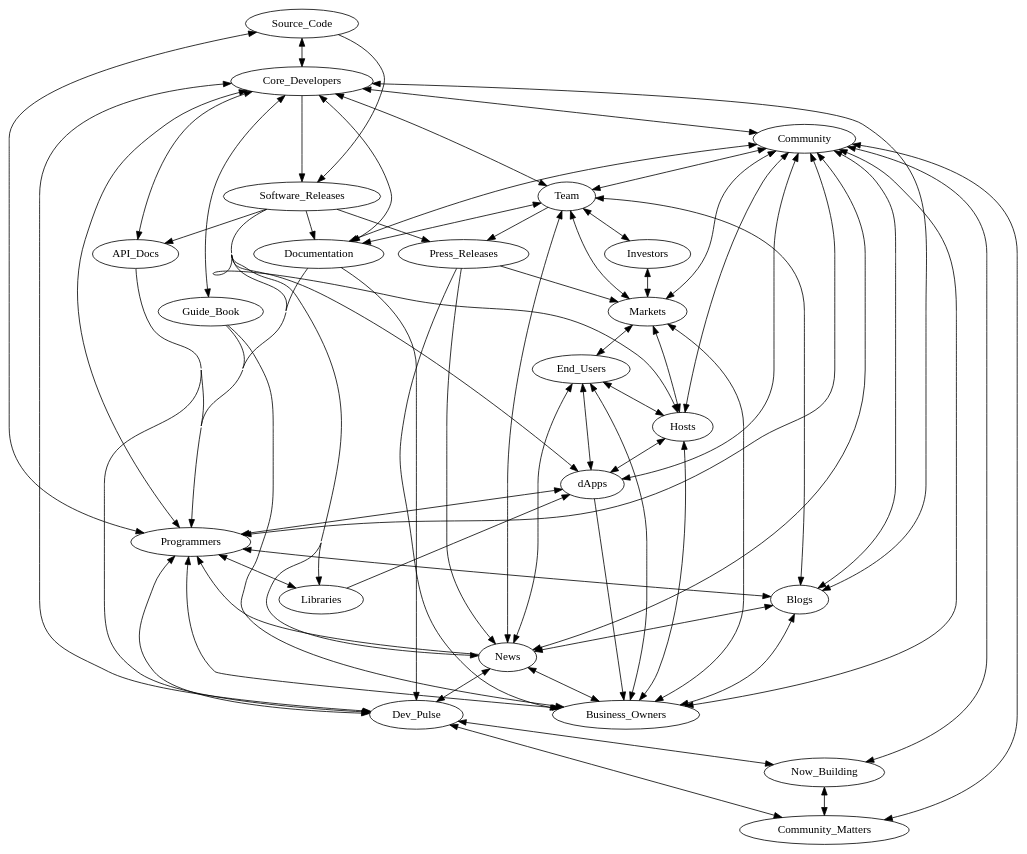
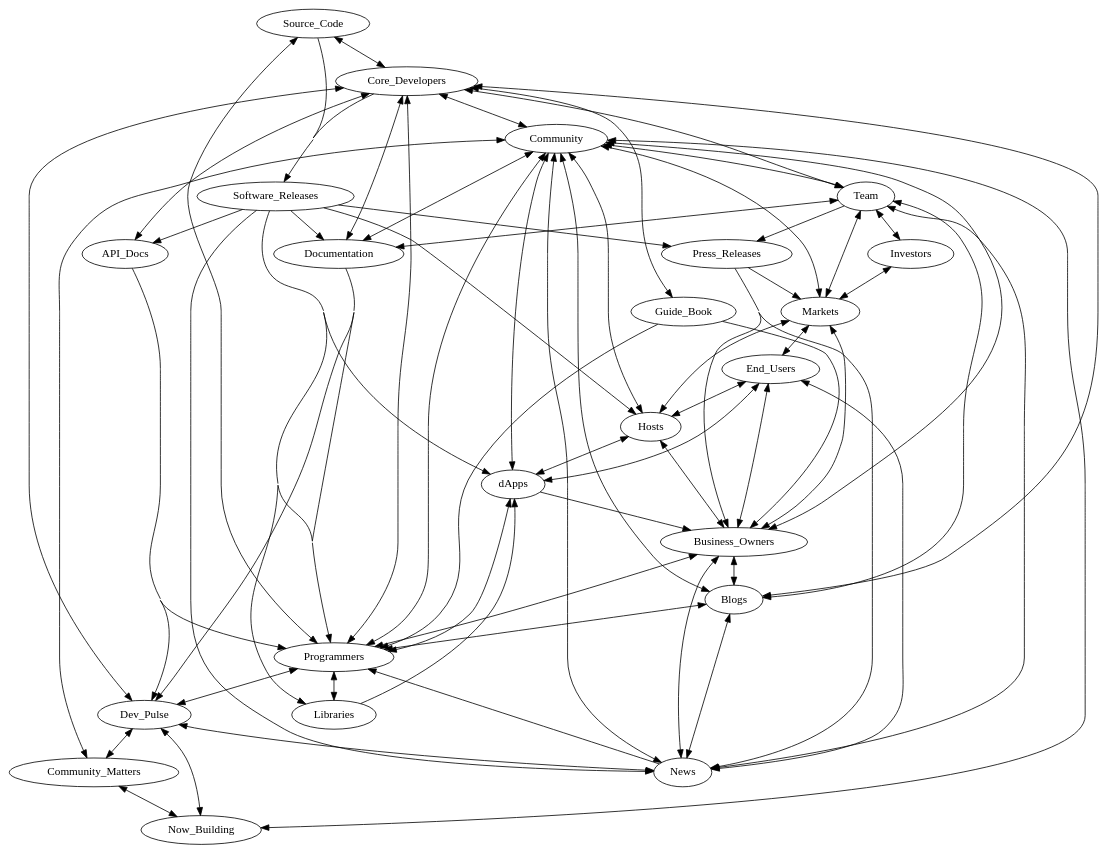
Before and after one commit to btakita/holochain-notes: the diagram in information-flow.dot, drawn with Graphviz. The commit also changed 3 other files, not shown here.

```diff
--- a/information-flow.dot
+++ b/information-flow.dot
@@ -1,86 +1,85 @@
 digraph	"Software Flow"	{
 	concentrate=true;
 
     Source_Code[href="https://github.com/holochain/holochain-rust"];
     Team[href="https://holo.host/team/"];
     Core_Developers[href="https://github.com/holochain/holochain-rust/graphs/contributors"];
     Software_Releases[href="https://github.com/holochain/holochain-rust/releases"];
     Hosts[href="https://holo.host/host/"];
     Documentation[href="https://developer.holochain.org/"];
     API_Docs[href="https://developer.holochain.org/api/latest/hdk/"]
     Guide_Book[href="https://developer.holochain.org/guide/latest/welcome.html"]
     Dev_Pulse[href="https://medium.com/holochain"]
     Community_Matters[href="https://medium.com/holochain/tagged/community-matters"]
     Now_Building[href="https://medium.com/holochain/tagged/now-building"]
 
 	Source_Code -> Software_Releases;
 	Source_Code -> Core_Developers -> Source_Code;
-	Libraries -> dApps;
+	Software_Releases -> API_Docs;
+	Software_Releases -> News;
+	Software_Releases -> Libraries;
+	Software_Releases -> dApps;
+	Software_Releases -> Hosts;
+	Software_Releases -> Press_Releases;
+	Software_Releases -> Documentation;
+	Software_Releases -> Programmers;
+ 	Libraries -> dApps;
 	dApps -> Business_Owners;
 	dApps -> End_Users -> dApps;
 	Documentation -> Dev_Pulse;
 	Documentation -> Programmers;
 	API_Docs -> Dev_Pulse;
 	API_Docs -> Programmers;
 	Guide_Book -> Programmers;
 	Guide_Book -> Business_Owners;
 	Press_Releases -> News;
 	Press_Releases -> Business_Owners;
 	Press_Releases -> Markets;
 	News -> Dev_Pulse -> News;
 	News -> Programmers;
 	News -> Blogs -> News;
 	News -> Business_Owners -> News;
 	News -> End_Users -> News;
 	Dev_Pulse -> Programmers -> Dev_Pulse;
     Community_Matters -> Community -> Community_Matters;
-	Now_Building -> Community -> Now_Building;
 	Dev_Pulse -> Community_Matters -> Dev_Pulse -> Now_Building -> Dev_Pulse;
-	Community_Matters -> Now_Building -> Community_Matters;
+	Now_Building -> Community -> Now_Building -> Community_Matters -> Now_Building;
 	Blogs -> Team -> Blogs;
 	Blogs -> Core_Developers -> Blogs;
 	Blogs -> Programmers -> Blogs;
 	Blogs -> Business_Owners -> Blogs;
 	Markets -> Hosts -> Markets;
 	Markets -> Investors -> Markets;
 	Markets -> End_Users -> Markets;
 	Team -> Core_Developers -> Team;
 	Team -> Press_Releases;
 	Team -> Documentation -> Team;
 	Team -> News -> Team;
 	Team -> Markets -> Team;
 	Team -> Investors -> Team;
 	Core_Developers -> API_Docs -> Core_Developers;
 	Core_Developers -> Documentation -> Core_Developers;
 	Core_Developers -> Dev_Pulse -> Core_Developers;
 	Core_Developers -> Programmers -> Core_Developers;
 	Core_Developers -> Software_Releases;
 	Core_Developers -> Guide_Book -> Core_Developers;
-	Software_Releases -> API_Docs;
-	Software_Releases -> News;
-	Software_Releases -> Libraries;
-	Software_Releases -> dApps;
-	Software_Releases -> Hosts;
-	Software_Releases -> Press_Releases;
-	Software_Releases -> Documentation;
-	Software_Releases -> Programmers;
 	Hosts -> dApps -> Hosts;
 	Hosts -> Business_Owners -> Hosts;
 	Hosts -> End_Users -> Hosts;
 	Community -> Team -> Community;
 	Community -> Core_Developers -> Community;
 	Community -> Markets -> Community;
 	Community -> Blogs -> Community;
 	Community -> News -> Community;
 	Community -> Programmers -> Community;
 	Community -> Business_Owners -> Community;
 	Community -> Documentation -> Community;
 	Community -> dApps -> Community;
 	Community -> Hosts -> Community;
 	Programmers -> Source_Code -> Programmers;
 	Programmers -> dApps -> Programmers;
 	Programmers -> Libraries -> Programmers;
 	Programmers -> Business_Owners -> Programmers;
 	Business_Owners -> End_Users -> Business_Owners;
 	Business_Owners -> Markets -> Business_Owners;
 }
```
